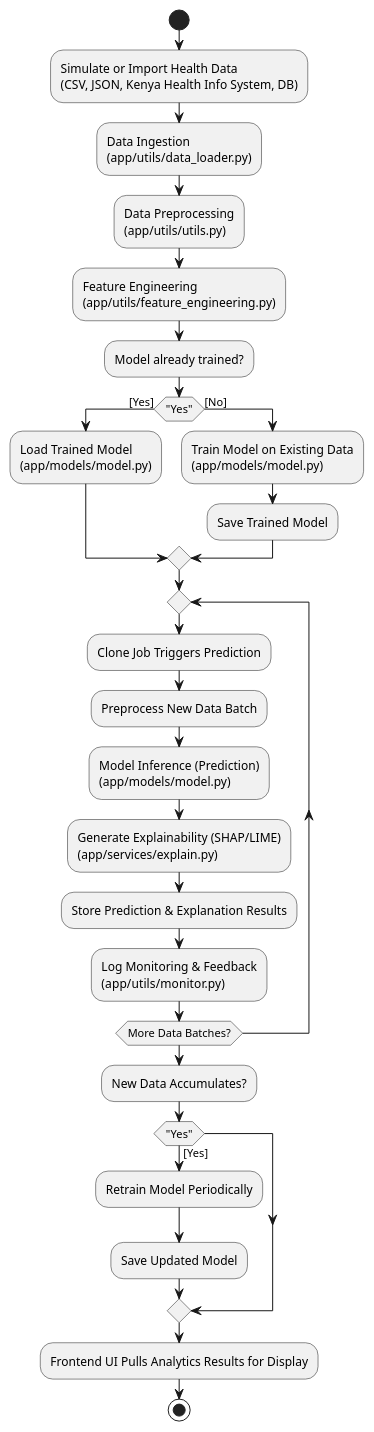
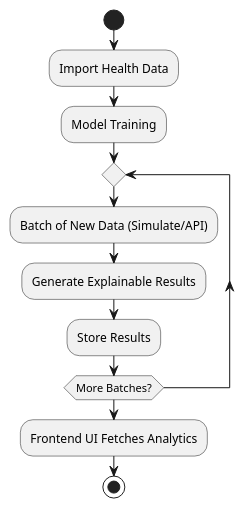
One commit to kinuthia-lawrence/ai4heath changed the diagram in artchitecture.puml. Above: the diagram before and after it, drawn with PlantUML. The commit also changed 10 other files, not shown here.

Commit message:
handled model training

```diff
--- a/artchitecture.puml
+++ b/artchitecture.puml
@@ -1,37 +1,17 @@
 @startuml AI4Health_Flowchart
 
 start
 
-:Simulate or Import Health Data\n(CSV, JSON, Kenya Health Info System, DB);
-:Data Ingestion\n(app/utils/data_loader.py);
-:Data Preprocessing\n(app/utils/utils.py);
-:Feature Engineering\n(app/utils/feature_engineering.py);
+:Import Health Data;
+:Model Training;
+repeat
+  :Batch of New Data (Simulate/API);
+  :Generate Explainable Results;
+  :Store Results;
+repeat while (More Batches?)
 
-:Model already trained?; 
-if ("Yes") then ([Yes])
-  :Load Trained Model\n(app/models/model.py);
-else ([No])
-  :Train Model on Existing Data\n(app/models/model.py);
-  :Save Trained Model;
-endif
-
-repeat
-  :Clone Job Triggers Prediction;
-  :Preprocess New Data Batch;
-  :Model Inference (Prediction)\n(app/models/model.py);
-  :Generate Explainability (SHAP/LIME)\n(app/services/explain.py);
-  :Store Prediction & Explanation Results;
-  :Log Monitoring & Feedback\n(app/utils/monitor.py);
-repeat while (More Data Batches?)
-
-:New Data Accumulates?; 
-if ("Yes") then ([Yes])
-  :Retrain Model Periodically;
-  :Save Updated Model;
-endif
-
-:Frontend UI Pulls Analytics Results for Display;
+:Frontend UI Fetches Analytics;
 
 stop
 
 @enduml
```
